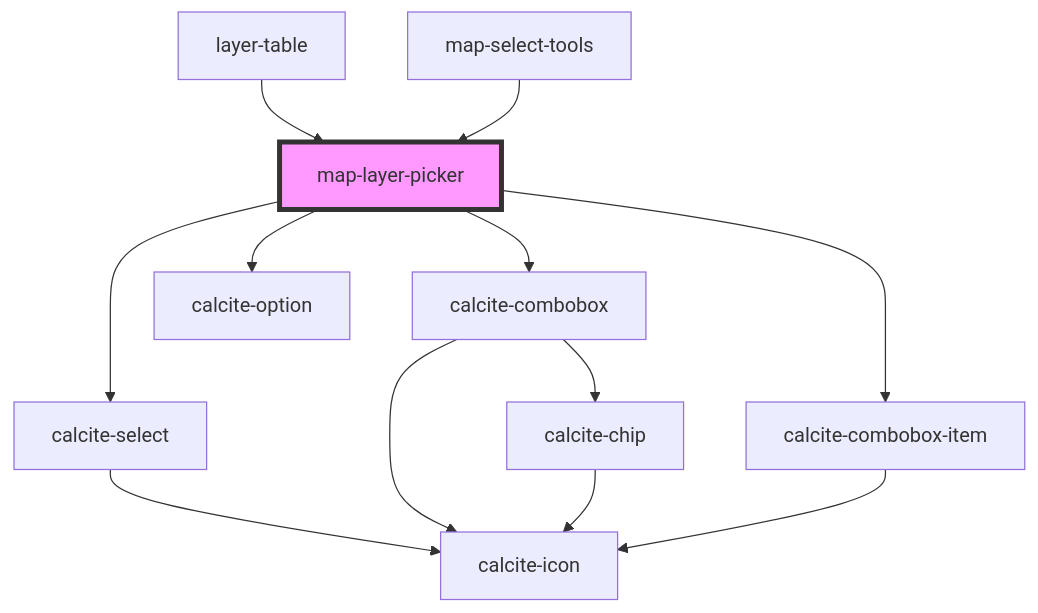
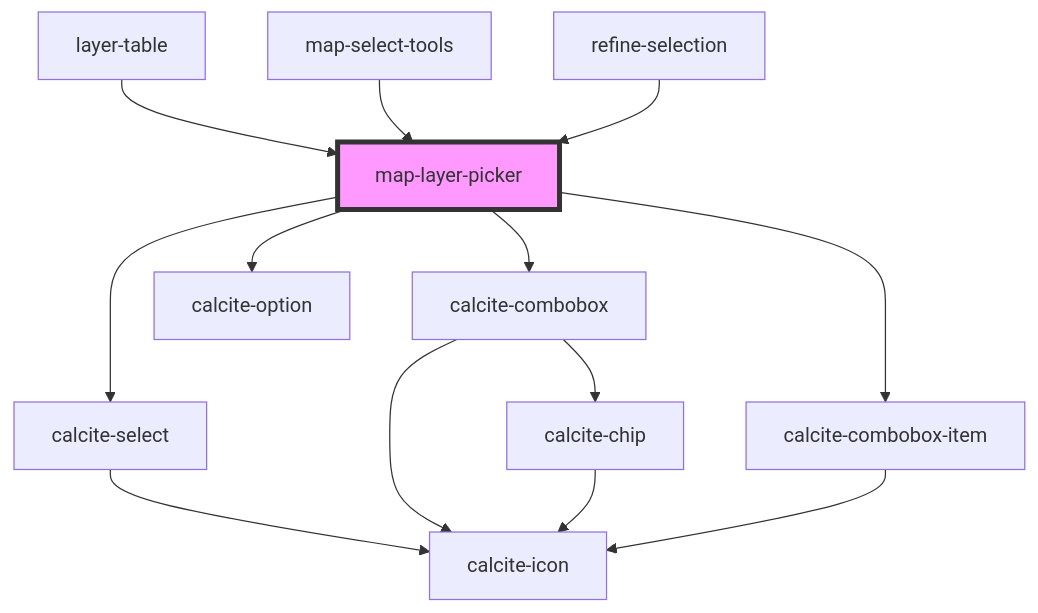
One commit to Esri/solutions-components changed the diagram in src/components/map-layer-picker/readme.md. Above: the diagram before and after it, drawn with Mermaid. The commit also changed other lines of this file and 9 other files, not shown here.

````diff
--- a/src/components/map-layer-picker/readme.md
+++ b/src/components/map-layer-picker/readme.md
@@ -40,15 +41,16 @@
 ```mermaid
 graph TD;
   map-layer-picker --> calcite-select
   map-layer-picker --> calcite-combobox
   map-layer-picker --> calcite-combobox-item
   map-layer-picker --> calcite-option
   calcite-select --> calcite-icon
   calcite-combobox --> calcite-chip
   calcite-combobox --> calcite-icon
   calcite-chip --> calcite-icon
   calcite-combobox-item --> calcite-icon
   layer-table --> map-layer-picker
   map-select-tools --> map-layer-picker
+  refine-selection --> map-layer-picker
   style map-layer-picker fill:#f9f,stroke:#333,stroke-width:4px
 ```
````
